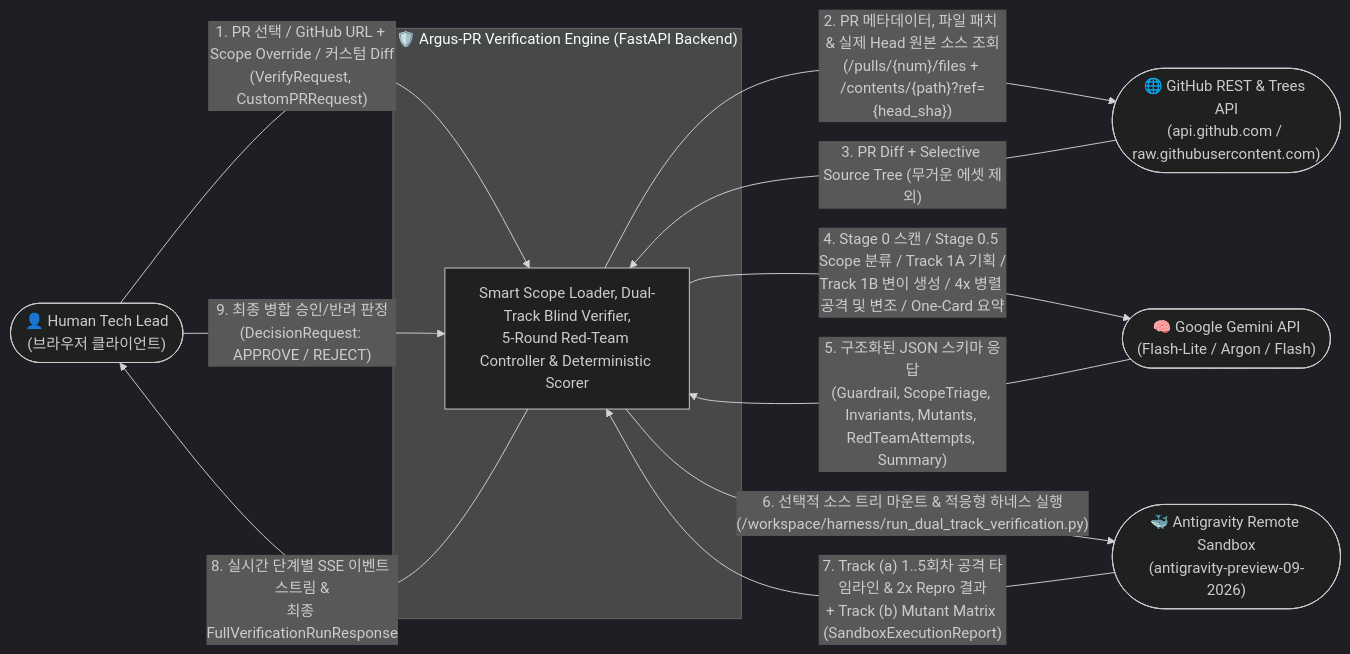
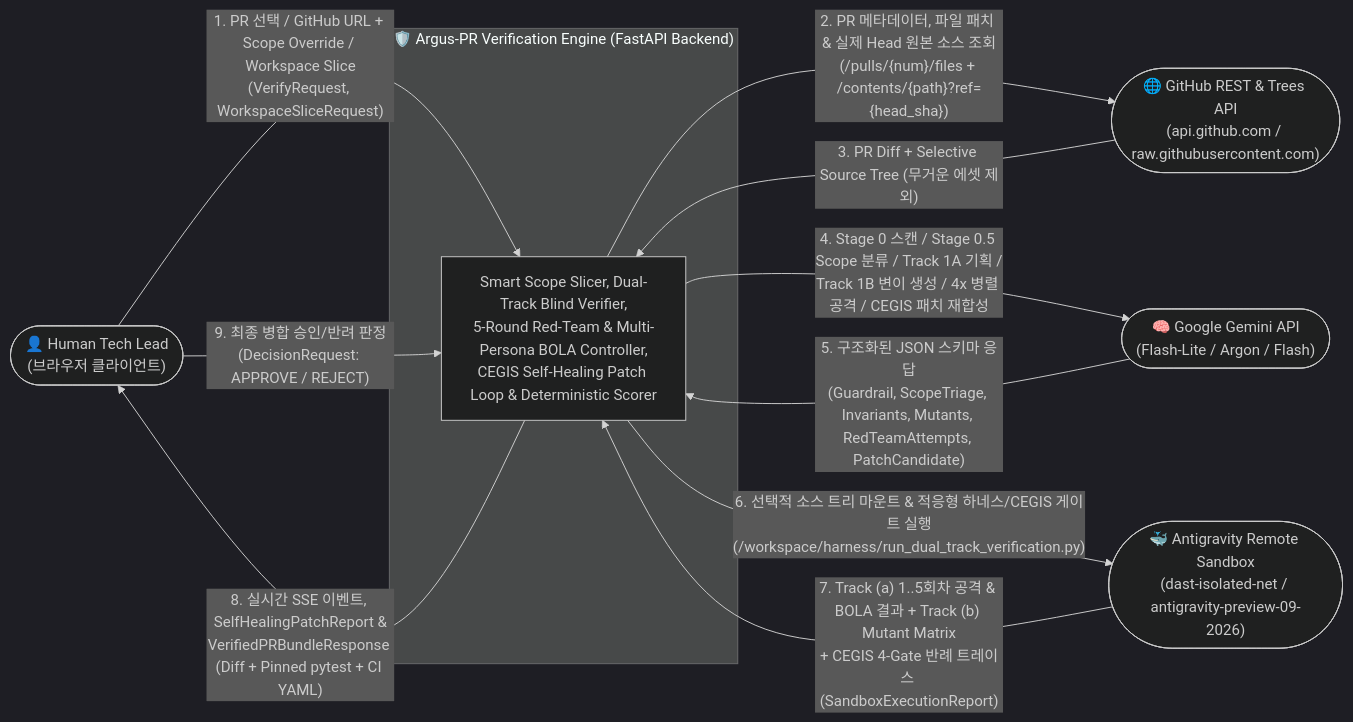
One commit to ttogle918/argus-pr-verifier changed the first of 4 diagrams in docs/02_Data_Flow.md. Above: the diagram before and after it, drawn with Mermaid (dark theme). The commit also changed other lines of this file and 9 other files, not shown here.

First line of the commit message:
docs(arch): document multi-agent LLM call flow and specify CEGIS patch loop, PR bundle export, and BOLA matrix

````diff
--- a/docs/02_Data_Flow.md
+++ b/docs/02_Data_Flow.md
@@ -30,24 +34,24 @@
 ```mermaid
 flowchart LR
     Reviewer(["👤 Human Tech Lead\n(브라우저 클라이언트)"])
     GitHub(["🌐 GitHub REST & Trees API\n(api.github.com / raw.githubusercontent.com)"])
     GeminiAPI(["🧠 Google Gemini API\n(Flash-Lite / Argon / Flash)"])
-    Sandbox(["🐳 Antigravity Remote Sandbox\n(antigravity-preview-09-2026)"])
+    Sandbox(["🐳 Antigravity Remote Sandbox\n(dast-isolated-net / antigravity-preview-09-2026)"])
 
     subgraph ArgusPR ["🛡️ Argus-PR Verification Engine (FastAPI Backend)"]
-        CoreEngine["Smart Scope Loader, Dual-Track Blind Verifier,\n5-Round Red-Team Controller & Deterministic Scorer"]
+        CoreEngine["Smart Scope Slicer, Dual-Track Blind Verifier,\n5-Round Red-Team & Multi-Persona BOLA Controller,\nCEGIS Self-Healing Patch Loop & Deterministic Scorer"]
     end
 
-    Reviewer -->|"1. PR 선택 / GitHub URL + Scope Override / 커스텀 Diff\n(VerifyRequest, CustomPRRequest)"| CoreEngine
+    Reviewer -->|"1. PR 선택 / GitHub URL + Scope Override / Workspace Slice\n(VerifyRequest, WorkspaceSliceRequest)"| CoreEngine
     CoreEngine -->|"2. PR 메타데이터, 파일 패치 & 실제 Head 원본 소스 조회\n(/pulls/{num}/files + /contents/{path}?ref={head_sha})"| GitHub
     GitHub -->|"3. PR Diff + Selective Source Tree (무거운 에셋 제외)"| CoreEngine
 
-    CoreEngine -->|"4. Stage 0 스캔 / Stage 0.5 Scope 분류 / Track 1A 기획 /\nTrack 1B 변이 생성 / 4x 병렬 공격 및 변조 / One-Card 요약"| GeminiAPI
-    GeminiAPI -->|"5. 구조화된 JSON 스키마 응답\n(Guardrail, ScopeTriage, Invariants, Mutants, RedTeamAttempts, Summary)"| CoreEngine
+    CoreEngine -->|"4. Stage 0 스캔 / Stage 0.5 Scope 분류 / Track 1A 기획 /\nTrack 1B 변이 생성 / 4x 병렬 공격 / CEGIS 패치 재합성"| GeminiAPI
+    GeminiAPI -->|"5. 구조화된 JSON 스키마 응답\n(Guardrail, ScopeTriage, Invariants, Mutants, RedTeamAttempts, PatchCandidate)"| CoreEngine
 
-    CoreEngine -->|"6. 선택적 소스 트리 마운트 & 적응형 하네스 실행\n(/workspace/harness/run_dual_track_verification.py)"| Sandbox
-    Sandbox -->|"7. Track (a) 1..5회차 공격 타임라인 & 2x Repro 결과\n+ Track (b) Mutant Matrix (SandboxExecutionReport)"| CoreEngine
+    CoreEngine -->|"6. 선택적 소스 트리 마운트 & 적응형 하네스/CEGIS 게이트 실행\n(/workspace/harness/run_dual_track_verification.py)"| Sandbox
+    Sandbox -->|"7. Track (a) 1..5회차 공격 & BOLA 결과 + Track (b) Mutant Matrix\n+ CEGIS 4-Gate 반례 트레이스 (SandboxExecutionReport)"| CoreEngine
 
-    CoreEngine -->|"8. 실시간 단계별 SSE 이벤트 스트림 &\n최종 FullVerificationRunResponse"| Reviewer
+    CoreEngine -->|"8. 실시간 SSE 이벤트, SelfHealingPatchReport &\nVerifiedPRBundleResponse (Diff + Pinned pytest + CI YAML)"| Reviewer
     Reviewer -->|"9. 최종 병합 승인/반려 판정\n(DecisionRequest: APPROVE / REJECT)"| CoreEngine
 ```
````
